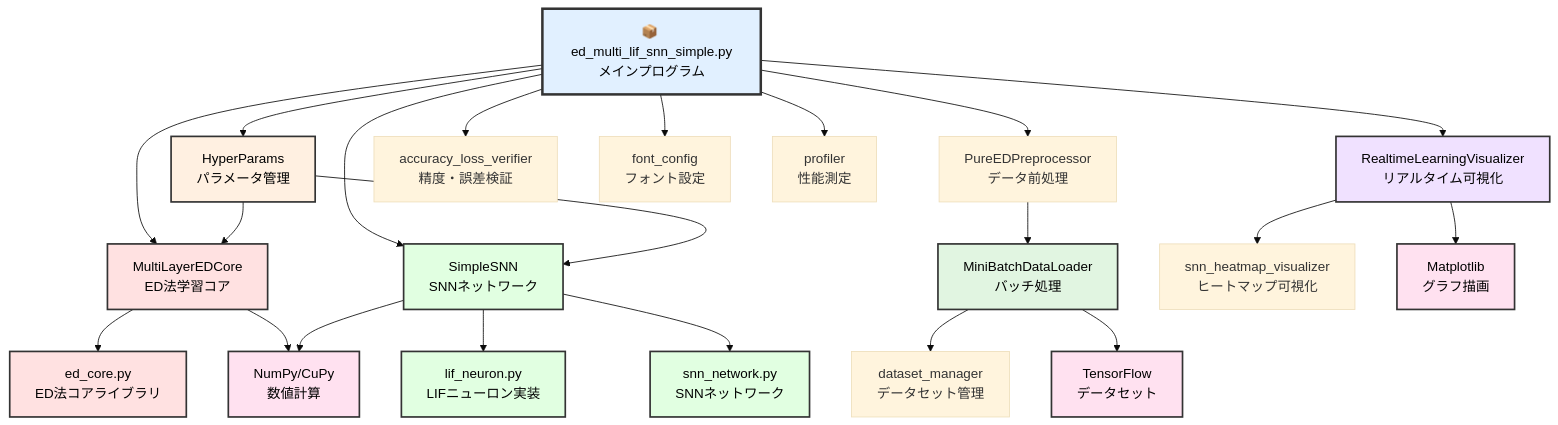
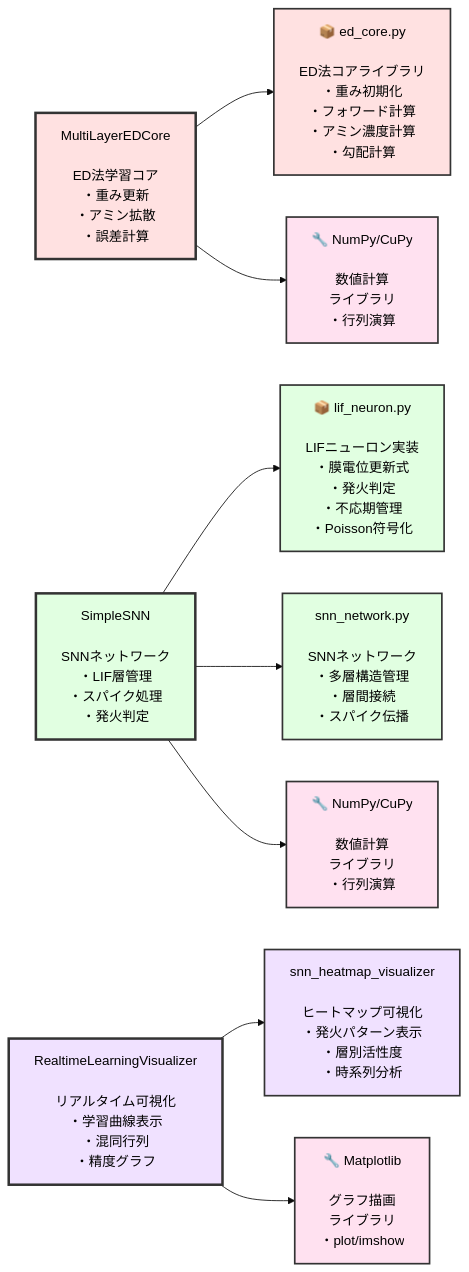
The fourth of 6 diagrams in README_simple.md (yoiwa0714/ed_multi_snn), drawn with Mermaid (base theme) before and after one commit. The commit also changed other lines of this file, not shown here.

First line of the commit message:
docs: split module dependency diagram into 3 vertical blocks for better font size

````diff
--- a/README_simple.md
+++ b/README_simple.md
@@ -133,46 +180,33 @@
 ```mermaid
-flowchart TD
-    Main["📦 ed_multi_lif_snn_simple.py<br/>メインプログラム"]
+flowchart LR
+    EDCore["MultiLayerEDCore<br/><br/>ED法学習コア<br/>・重み更新<br/>・アミン拡散<br/>・誤差計算"]
     
-    Main --> HP[HyperParams<br/>パラメータ管理]
-    Main --> Viz[RealtimeLearningVisualizer<br/>リアルタイム可視化]
-    Main --> Prep[PureEDPreprocessor<br/>データ前処理]
-    Main --> EDCore[MultiLayerEDCore<br/>ED法学習コア]
-    Main --> SNN[SimpleSNN<br/>SNNネットワーク]
+    SNN["SimpleSNN<br/><br/>SNNネットワーク<br/>・LIF層管理<br/>・スパイク処理<br/>・発火判定"]
     
-    HP --> EDCore
-    HP --> SNN
+    Viz["RealtimeLearningVisualizer<br/><br/>リアルタイム可視化<br/>・学習曲線表示<br/>・混同行列<br/>・精度グラフ"]
     
-    Prep --> DataLoader[MiniBatchDataLoader<br/>バッチ処理]
-    DataLoader --> DataManager[dataset_manager<br/>データセット管理]
+    EDCore --> EDLib["📦 ed_core.py<br/><br/>ED法コアライブラリ<br/>・重み初期化<br/>・フォワード計算<br/>・アミン濃度計算<br/>・勾配計算"]
     
-    EDCore --> EDCoreLib[ed_core.py<br/>ED法コアライブラリ]
+    SNN --> LIF["📦 lif_neuron.py<br/><br/>LIFニューロン実装<br/>・膜電位更新式<br/>・発火判定<br/>・不応期管理<br/>・Poisson符号化"]
     
-    SNN --> LIF[lif_neuron.py<br/>LIFニューロン実装]
-    SNN --> SNNNet[snn_network.py<br/>SNNネットワーク]
+    SNN --> SNNNet["snn_network.py<br/><br/>SNNネットワーク<br/>・多層構造管理<br/>・層間接続<br/>・スパイク伝播"]
     
-    Viz --> Heatmap[snn_heatmap_visualizer<br/>ヒートマップ可視化]
-    Viz --> MPL[Matplotlib<br/>グラフ描画]
+    Viz --> Heatmap["snn_heatmap_visualizer<br/><br/>ヒートマップ可視化<br/>・発火パターン表示<br/>・層別活性度<br/>・時系列分析"]
     
-    Main --> Verifier[accuracy_loss_verifier<br/>精度・誤差検証]
+    EDCore --> NP1["🔧 NumPy/CuPy<br/><br/>数値計算<br/>ライブラリ<br/>・行列演算"]
     
-    DataLoader --> TF[TensorFlow<br/>データセット]
-    EDCore --> NP[NumPy/CuPy<br/>数値計算]
-    SNN --> NP
+    SNN --> NP2["🔧 NumPy/CuPy<br/><br/>数値計算<br/>ライブラリ<br/>・行列演算"]
     
-    Main --> Font[font_config<br/>フォント設定]
-    Main --> Profiler[profiler<br/>性能測定]
+    Viz --> MPL["🔧 Matplotlib<br/><br/>グラフ描画<br/>ライブラリ<br/>・plot/imshow"]
     
-    style Main fill:#e1f0ff,stroke:#333,stroke-width:3px,color:#000
-    style HP fill:#fff0e1,stroke:#333,stroke-width:2px,color:#000
-    style EDCore fill:#ffe1e1,stroke:#333,stroke-width:2px,color:#000
-    style SNN fill:#e1ffe1,stroke:#333,stroke-width:2px,color:#000
-    style Viz fill:#f0e1ff,stroke:#333,stroke-width:2px,color:#000
-    style DataLoader fill:#e1f5e1,stroke:#333,stroke-width:2px,color:#000
-    style EDCoreLib fill:#ffe1e1,stroke:#333,stroke-width:2px,color:#000
+    style EDCore fill:#ffe1e1,stroke:#333,stroke-width:3px,color:#000
+    style SNN fill:#e1ffe1,stroke:#333,stroke-width:3px,color:#000
+    style Viz fill:#f0e1ff,stroke:#333,stroke-width:3px,color:#000
+    style EDLib fill:#ffe1e1,stroke:#333,stroke-width:2px,color:#000
     style LIF fill:#e1ffe1,stroke:#333,stroke-width:2px,color:#000
     style SNNNet fill:#e1ffe1,stroke:#333,stroke-width:2px,color:#000
-    style TF fill:#ffe1f0,stroke:#333,stroke-width:2px,color:#000
-    style NP fill:#ffe1f0,stroke:#333,stroke-width:2px,color:#000
+    style Heatmap fill:#f0e1ff,stroke:#333,stroke-width:2px,color:#000
+    style NP1 fill:#ffe1f0,stroke:#333,stroke-width:2px,color:#000
+    style NP2 fill:#ffe1f0,stroke:#333,stroke-width:2px,color:#000
     style MPL fill:#ffe1f0,stroke:#333,stroke-width:2px,color:#000
 ```
````
